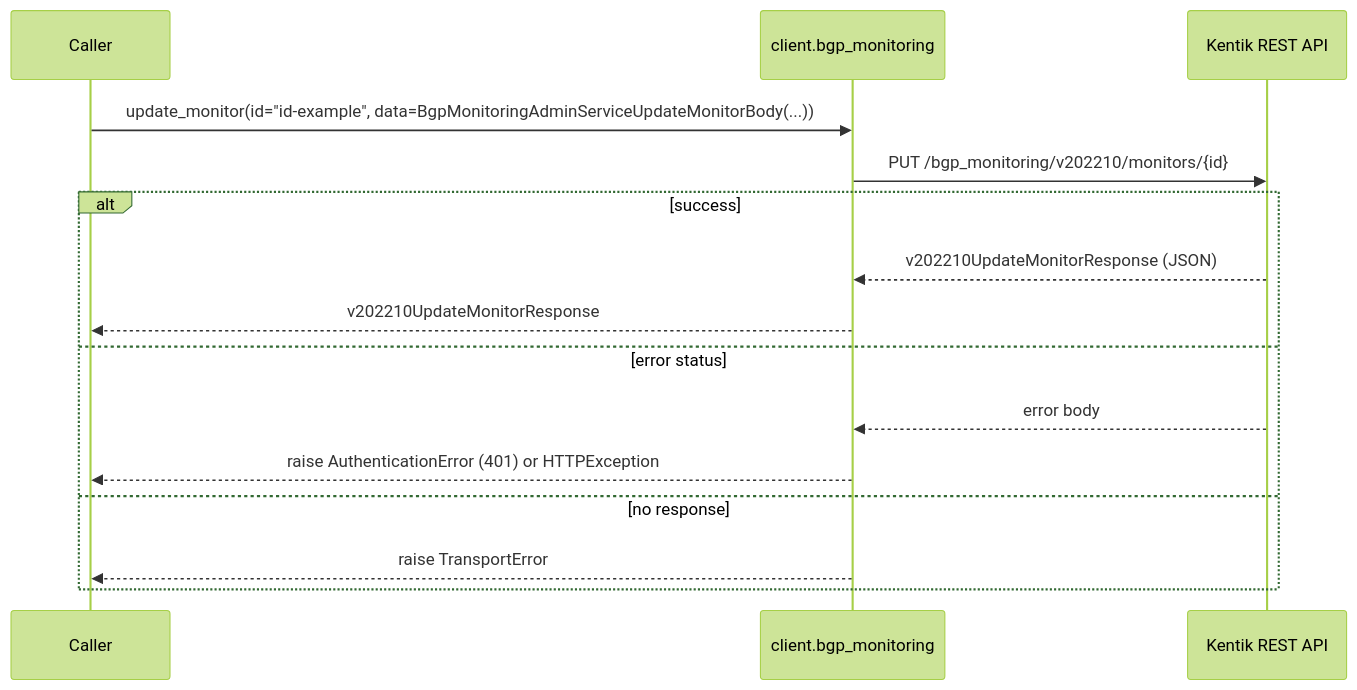
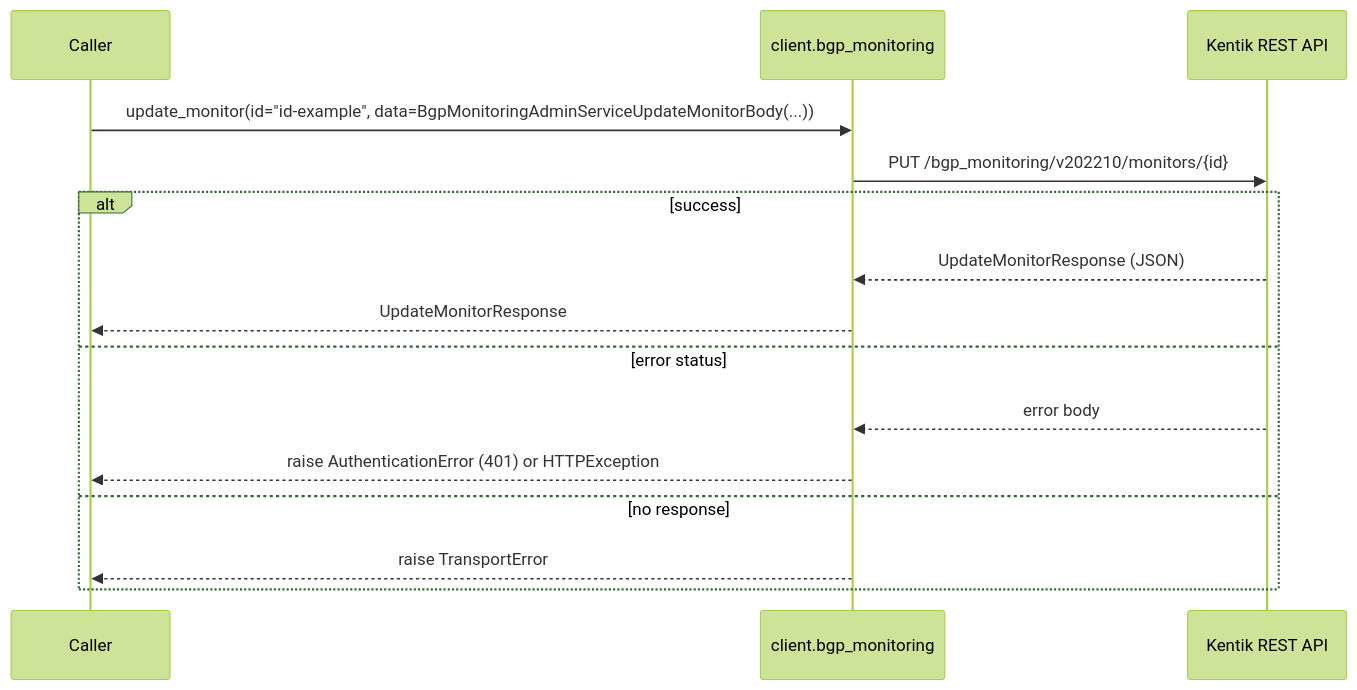
Diagram 12 of 18 in docs/sphinx/services/bgp_monitoring.md (alexdearaujo/community_sdk_python), drawn with Mermaid (forest theme) before and after one commit. The commit also changed other lines of this file and 38 other files, not shown here.

````diff
--- a/docs/sphinx/services/bgp_monitoring.md
+++ b/docs/sphinx/services/bgp_monitoring.md
@@ -412,18 +412,18 @@
 ```mermaid
 sequenceDiagram
     participant C as Caller
     participant W as client.bgp_monitoring
     participant API as Kentik REST API
 
     C->>W: update_monitor(id="id-example", data=BgpMonitoringAdminServiceUpdateMonitorBody(...))
     W->>API: PUT /bgp_monitoring/v202210/monitors/{id}
     alt success
-        API-->>W: v202210UpdateMonitorResponse (JSON)
-        W-->>C: v202210UpdateMonitorResponse
+        API-->>W: UpdateMonitorResponse (JSON)
+        W-->>C: UpdateMonitorResponse
     else error status
         API-->>W: error body
         W-->>C: raise AuthenticationError (401) or HTTPException
     else no response
         W-->>C: raise TransportError
     end
 ```
````
